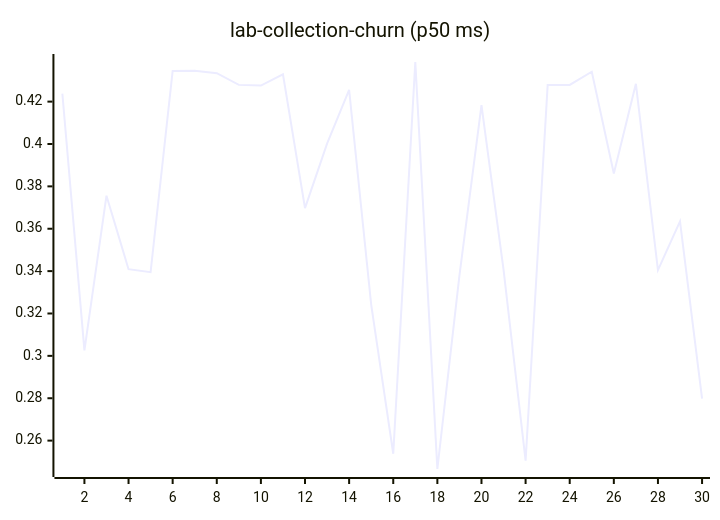
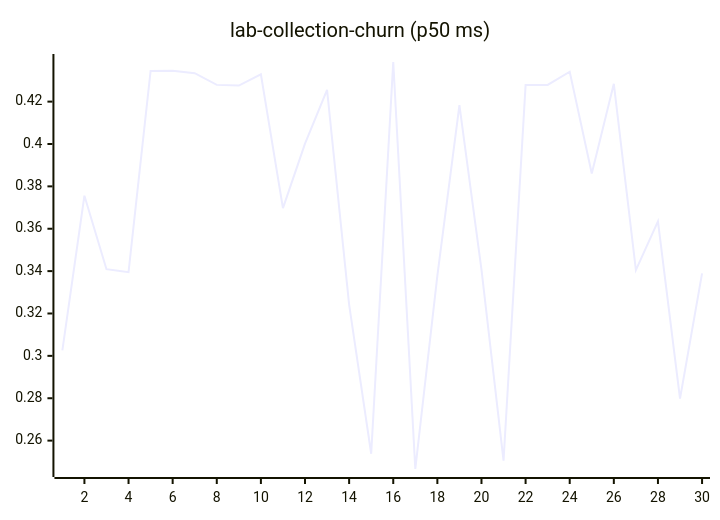
Before and after one commit to josha/Facet: diagram 11 of 27 in README.md, drawn with Mermaid. The commit also changed other lines of this file and 2 other files, not shown here.

````diff
--- a/README.md
+++ b/README.md
@@ -133,6 +133,6 @@
 ```mermaid
 xychart-beta
     title "lab-collection-churn (p50 ms)"
     x-axis 1 --> 30
-    line [0.4238, 0.3026, 0.3756, 0.3409, 0.3395, 0.4345, 0.4346, 0.4334, 0.4279, 0.4276, 0.4329, 0.3697, 0.4002, 0.4255, 0.3242, 0.2538, 0.4387, 0.2466, 0.3379, 0.4183, 0.3407, 0.2505, 0.4278, 0.4279, 0.4341, 0.3861, 0.4284, 0.3405, 0.3635, 0.2798]
+    line [0.3026, 0.3756, 0.3409, 0.3395, 0.4345, 0.4346, 0.4334, 0.4279, 0.4276, 0.4329, 0.3697, 0.4002, 0.4255, 0.3242, 0.2538, 0.4387, 0.2466, 0.3379, 0.4183, 0.3407, 0.2505, 0.4278, 0.4279, 0.4341, 0.3861, 0.4284, 0.3405, 0.3635, 0.2798, 0.3389]
 ```
````
